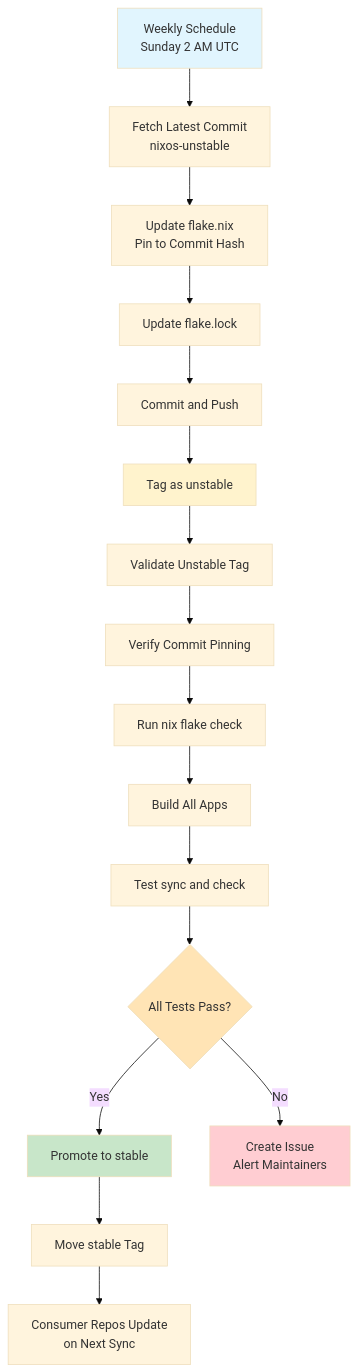
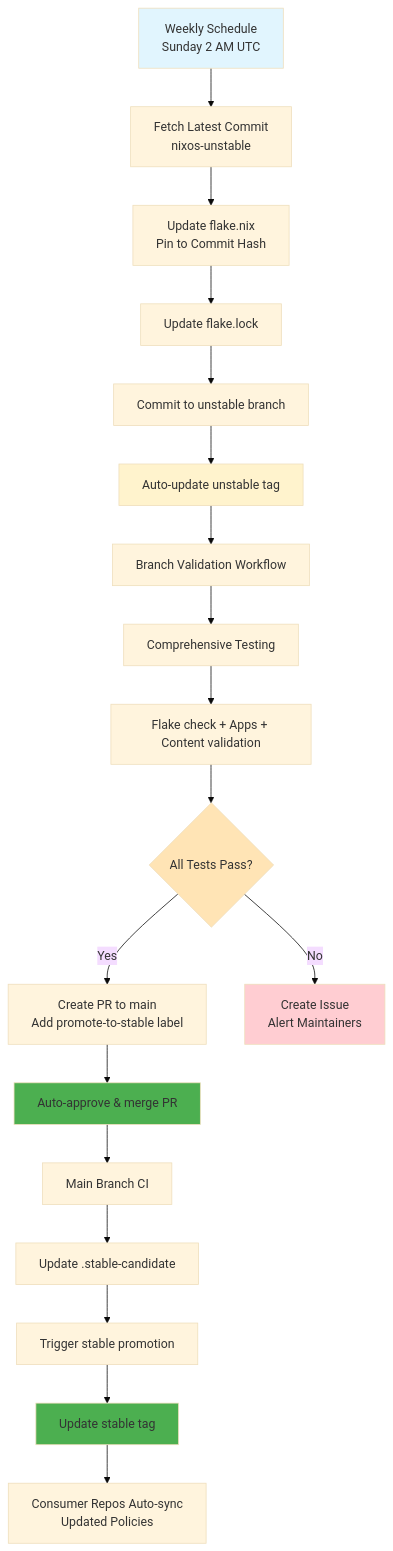
The tenth of 11 diagrams in README.md (NixLine-org/nixline-baseline), drawn with Mermaid (base theme) before and after one commit. The commit also changed other lines of this file and 1 other file, not shown here.

Commit message:
update documentation and add workflow validator

````diff
--- a/README.md
+++ b/README.md
@@ -2092,27 +2094,30 @@
 ```mermaid
 graph TD
     A[Weekly Schedule<br/>Sunday 2 AM UTC] --> B[Fetch Latest Commit<br/>nixos-unstable]
     B --> C[Update flake.nix<br/>Pin to Commit Hash]
     C --> D[Update flake.lock]
-    D --> E[Commit and Push]
-    E --> F[Tag as unstable]
+    D --> E[Commit to unstable branch]
+    E --> F[Auto-update unstable tag]
 
-    F --> G[Validate Unstable Tag]
-    G --> H[Verify Commit Pinning]
-    H --> I[Run nix flake check]
-    I --> J[Build All Apps]
-    J --> K[Test sync and check]
-    K --> L{All Tests Pass?}
+    F --> G[Branch Validation Workflow]
+    G --> H[Comprehensive Testing]
+    H --> I[Flake check + Apps + Content validation]
+    I --> J{All Tests Pass?}
 
-    L -->|Yes| M[Promote to stable]
-    L -->|No| N[Create Issue<br/>Alert Maintainers]
+    J -->|Yes| K[Create PR to main<br/>Add promote-to-stable label]
+    J -->|No| L[Create Issue<br/>Alert Maintainers]
 
-    M --> O[Move stable Tag]
-    O --> P[Consumer Repos Update<br/>on Next Sync]
+    K --> M[Auto-approve & merge PR]
+    M --> N[Main Branch CI]
+    N --> O[Update .stable-candidate]
+    O --> P[Trigger stable promotion]
+    P --> Q[Update stable tag]
+    Q --> R[Consumer Repos Auto-sync<br/>Updated Policies]
 
     style A fill:#e1f5fe
     style F fill:#fff3cd
-    style L fill:#ffe4b5
-    style M fill:#c8e6c9
-    style N fill:#ffcdd2
+    style J fill:#ffe4b5
+    style M fill:#4CAF50
+    style Q fill:#4CAF50
+    style L fill:#ffcdd2
 ```
````
